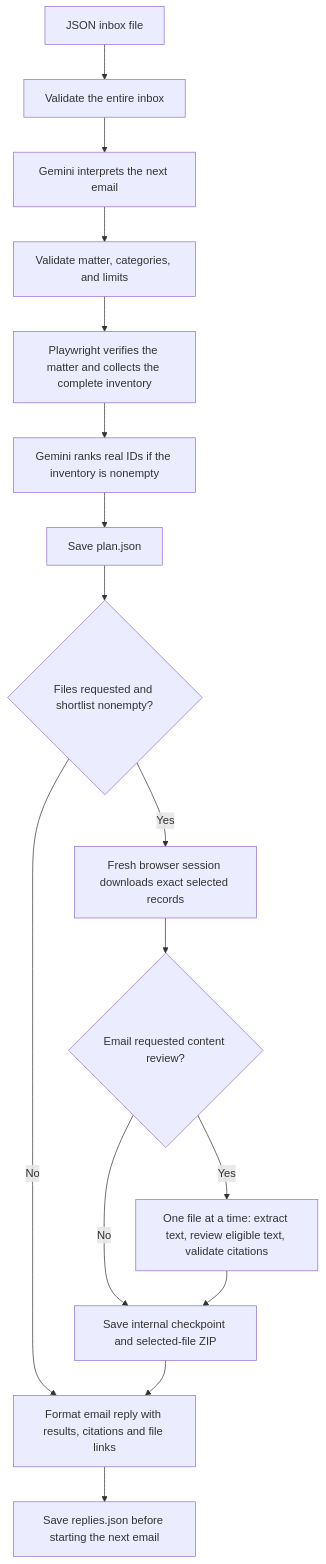
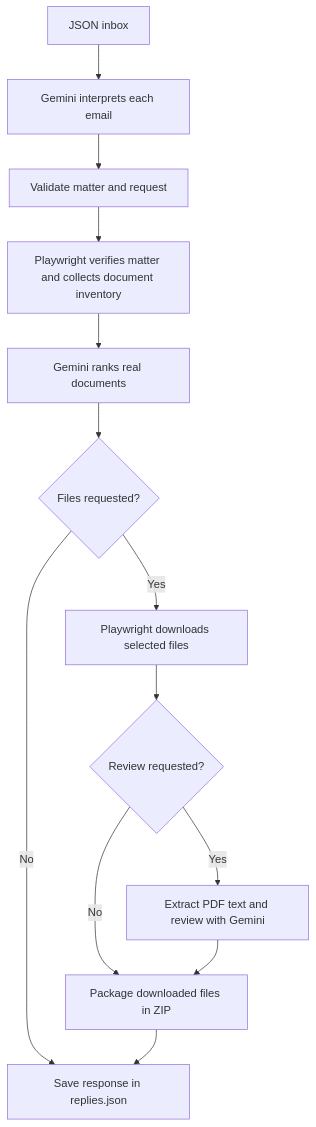
One commit to Taha-M567/Senpilot_OA changed the diagram in README.md. Above: the diagram before and after it, drawn with Mermaid. The commit also changed other lines of this file, not shown here.

Commit message:
Shorten README to overview architecture and setup

````diff
--- a/README.md
+++ b/README.md
@@ -98,18 +15,15 @@
 ```mermaid
 flowchart TD
-    Input[JSON inbox file] --> Inbox[Validate the entire inbox]
-    Inbox --> Interpret[Gemini interprets the next email]
-    Interpret --> Validate[Validate matter, categories, and limits]
-    Validate --> Inventory[Playwright verifies the matter and collects the complete inventory]
-    Inventory --> Rank[Gemini ranks real IDs if the inventory is nonempty]
-    Rank --> Plan[Save plan.json]
-    Plan --> Files{Files requested and shortlist nonempty?}
-    Files -->|No| Reply[Format email reply with results, citations and file links]
-    Files -->|Yes| Download[Fresh browser session downloads exact selected records]
-    Download --> Review{Email requested content review?}
-    Review -->|No| Output[Save internal checkpoint and selected-file ZIP]
-    Review -->|Yes| Documents[One file at a time: extract text, review eligible text, validate citations]
-    Documents --> Output
-    Output --> Reply
-    Reply --> Save[Save replies.json before starting the next email]
+    Inbox[JSON inbox] --> Interpret[Gemini interprets each email]
+    Interpret --> Validate[Validate matter and request]
+    Validate --> Inventory[Playwright verifies matter and collects document inventory]
+    Inventory --> Rank[Gemini ranks real documents]
+    Rank --> Files{Files requested?}
+    Files -->|No| Reply[Save response in replies.json]
+    Files -->|Yes| Download[Playwright downloads selected files]
+    Download --> Review{Review requested?}
+    Review -->|Yes| Extract[Extract PDF text and review with Gemini]
+    Review -->|No| Zip[Package downloaded files in ZIP]
+    Extract --> Zip
+    Zip --> Reply
 ```
````
